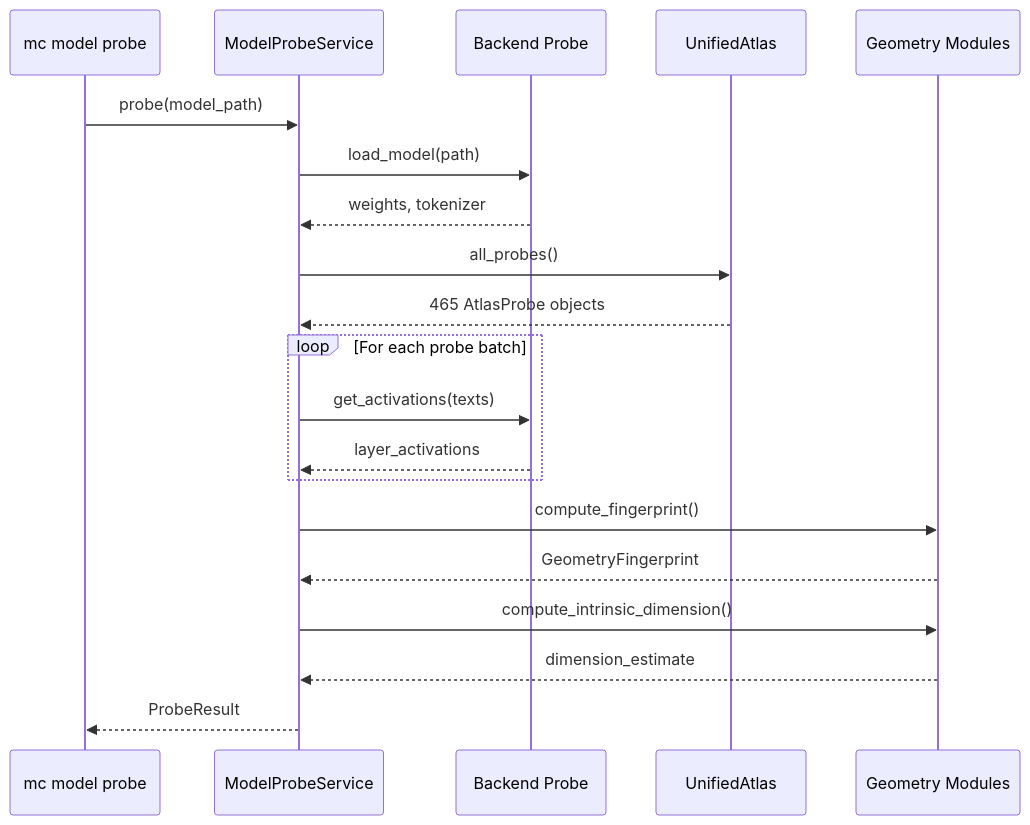
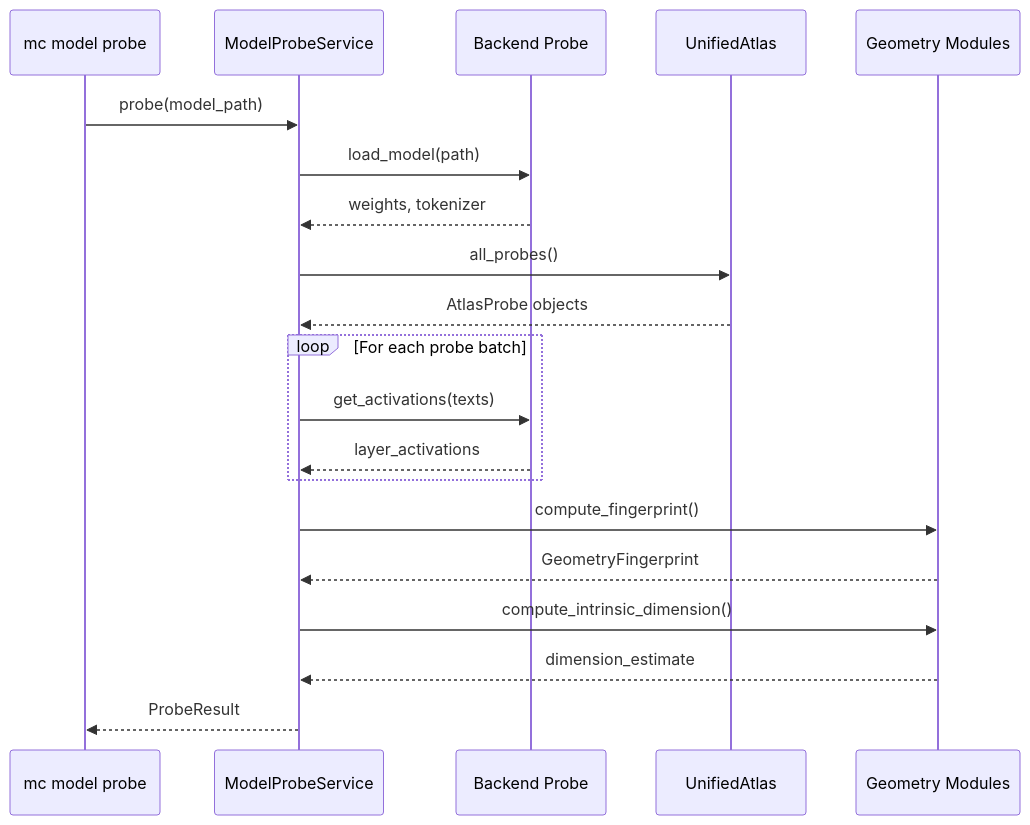
The third of 4 diagrams in docs/ARCHITECTURE.md (Ethyros-AI/ModelCypher), drawn with Mermaid before and after one commit. The commit also changed other lines of this file and 14 other files, not shown here.

````diff
--- a/docs/ARCHITECTURE.md
+++ b/docs/ARCHITECTURE.md
@@ -176,28 +176,28 @@
 ```mermaid
 sequenceDiagram
     participant CLI as mc model probe
     participant SVC as ModelProbeService
     participant PROBE as Backend Probe
     participant ATLAS as UnifiedAtlas
     participant GEOM as Geometry Modules
 
     CLI->>SVC: probe(model_path)
     SVC->>PROBE: load_model(path)
     PROBE-->>SVC: weights, tokenizer
 
     SVC->>ATLAS: all_probes()
-    ATLAS-->>SVC: 465 AtlasProbe objects
+    ATLAS-->>SVC: AtlasProbe objects
 
     loop For each probe batch
         SVC->>PROBE: get_activations(texts)
         PROBE-->>SVC: layer_activations
     end
 
     SVC->>GEOM: compute_fingerprint()
     GEOM-->>SVC: GeometryFingerprint
 
     SVC->>GEOM: compute_intrinsic_dimension()
     GEOM-->>SVC: dimension_estimate
 
     SVC-->>CLI: ProbeResult
 ```
````
